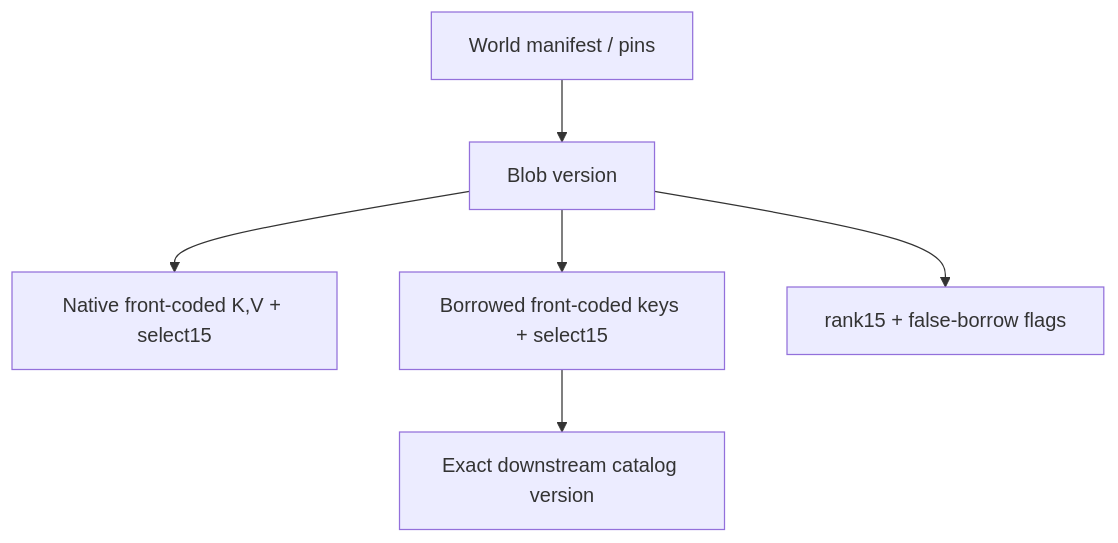
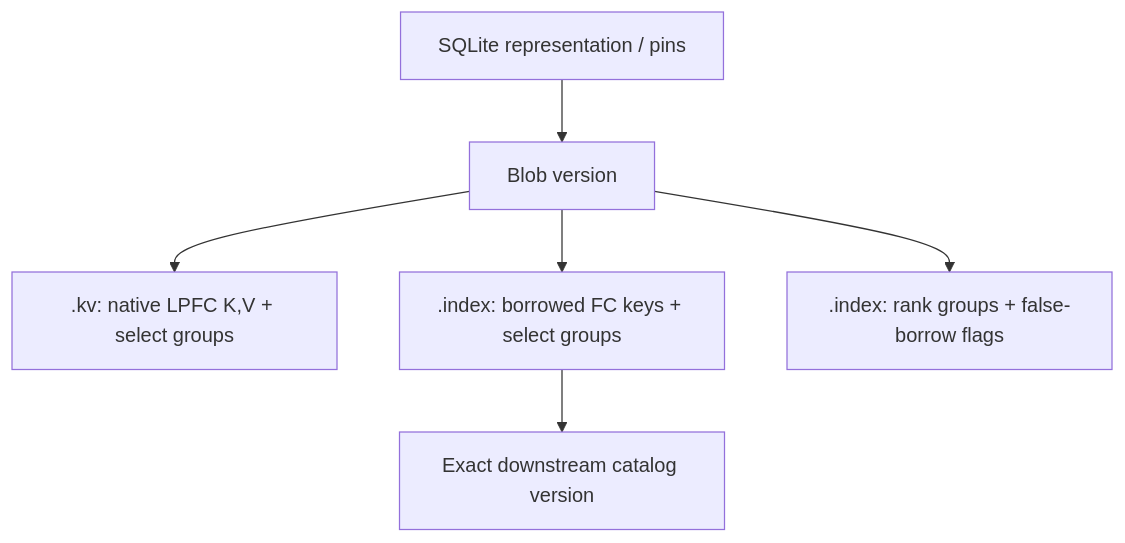
The diagram in docs/design.md (ekmett/everett), drawn with Mermaid before and after one commit. The commit also changed other lines of this file and 43 other files, not shown here.

````diff
--- a/docs/design.md
+++ b/docs/design.md
@@ -93,8 +98,8 @@
 ```mermaid
 flowchart TD
-  M["World manifest / pins"] --> B["Blob version"]
-  B --> A["Native front-coded K,V + select15"]
-  B --> S["Borrowed front-coded keys + select15"]
-  B --> R["rank15 + false-borrow flags"]
+  M["SQLite representation / pins"] --> B["Blob version"]
+  B --> A[".kv: native LPFC K,V + select groups"]
+  B --> S[".index: borrowed FC keys + select groups"]
+  B --> R[".index: rank groups + false-borrow flags"]
   S --> T["Exact downstream catalog version"]
 ```
````
